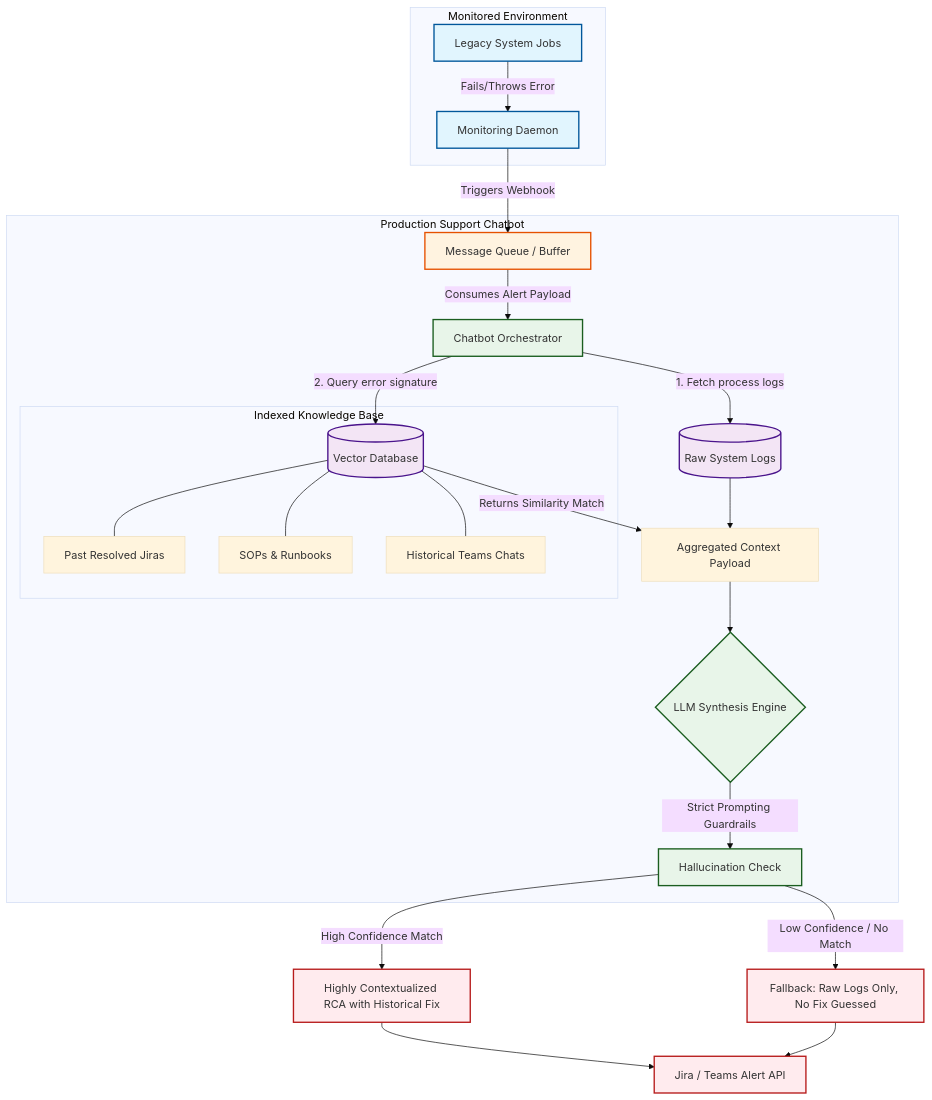
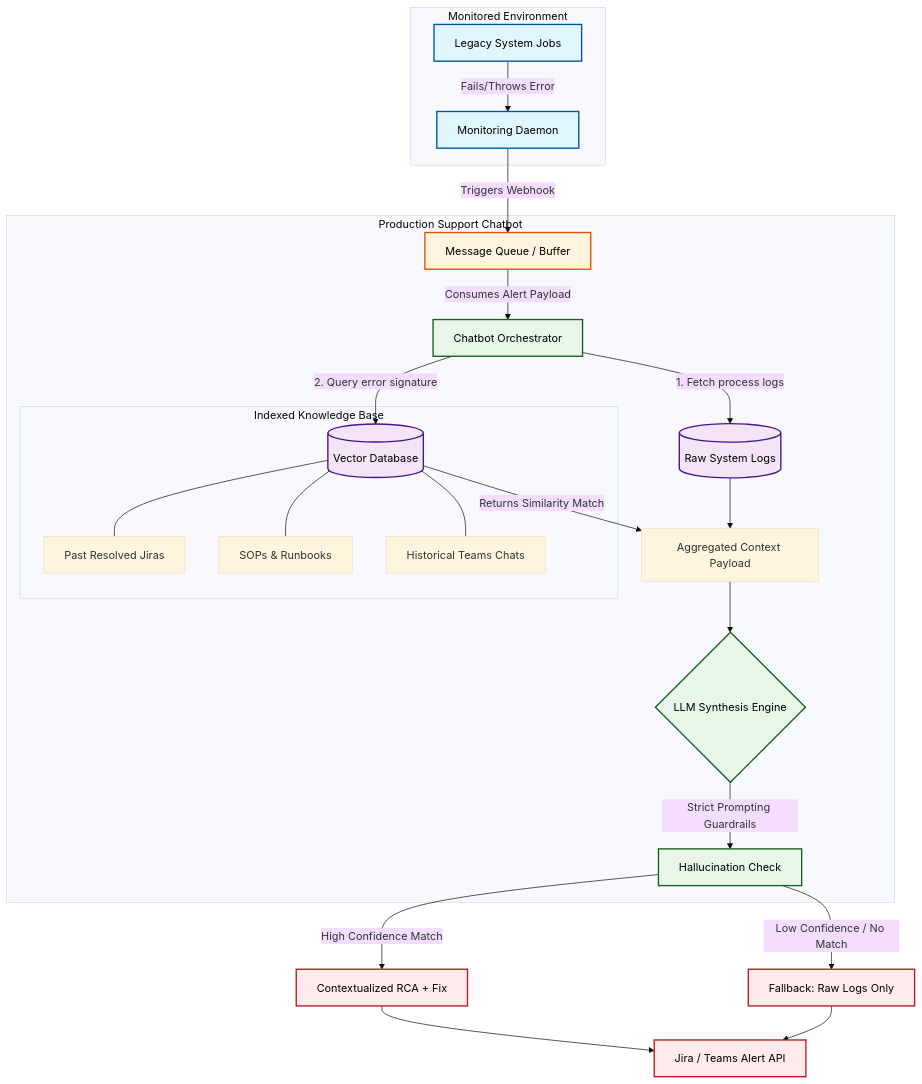
The diagram in notes/lumn.md (IshanDigra/ShadowDocs), drawn with Mermaid (base theme) before and after one commit. The commit also changed other lines of this file, not shown here.

First line of the commit message:
Enhance Production Support Agent documentation

````diff
--- a/notes/lumn.md
+++ b/notes/lumn.md
@@ -39,40 +45,40 @@
 ```mermaid
 flowchart TD
     %% Define styles
-    classDef system fill:#e1f5fe,stroke:#01579b,stroke-width:2px
-    classDef queue fill:#fff3e0,stroke:#e65100,stroke-width:2px
-    classDef agent fill:#e8f5e9,stroke:#1b5e20,stroke-width:2px
-    classDef data fill:#f3e5f5,stroke:#4a148c,stroke-width:2px
-    classDef output fill:#ffebee,stroke:#b71c1c,stroke-width:2px
+    classDef system fill:#e1f5fe,stroke:#01579b,stroke-width:2px,color:#000
+    classDef queue fill:#fff3e0,stroke:#e65100,stroke-width:2px,color:#000
+    classDef agent fill:#e8f5e9,stroke:#1b5e20,stroke-width:2px,color:#000
+    classDef data fill:#f3e5f5,stroke:#4a148c,stroke-width:2px,color:#000
+    classDef output fill:#ffebee,stroke:#b71c1c,stroke-width:2px,color:#000
 
     subgraph Monitored Environment
         App[Legacy System Jobs]:::system -->|Fails/Throws Error| Procmon[Monitoring Daemon]:::system
     end
 
     Procmon -->|Triggers Webhook| MQ[Message Queue / Buffer]:::queue
 
     subgraph Production Support Chatbot
         MQ -->|Consumes Alert Payload| Pipeline[Chatbot Orchestrator]:::agent
         
         Pipeline -->|1. Fetch process logs| Logs[(Raw System Logs)]:::data
         Pipeline -->|2. Query error signature| VDB[(Vector Database)]:::data
         
         subgraph Indexed Knowledge Base
             VDB --- Jiras[Past Resolved Jiras]
             VDB --- Runbooks[SOPs & Runbooks]
             VDB --- Chats[Historical Teams Chats]
         end
         
         Logs --> Context[Aggregated Context Payload]
         VDB -->|Returns Similarity Match| Context
         
         Context --> LLM{LLM Synthesis Engine}:::agent
         LLM -->|Strict Prompting Guardrails| Guardrails[Hallucination Check]:::agent
     end
 
-    Guardrails -->|High Confidence Match| RCA[Highly Contextualized RCA with Historical Fix]:::output
-    Guardrails -->|Low Confidence / No Match| Raw[Fallback: Raw Logs Only, No Fix Guessed]:::output
+    Guardrails -->|High Confidence Match| RCA[Contextualized RCA + Fix]:::output
+    Guardrails -->|Low Confidence / No Match| Raw[Fallback: Raw Logs Only]:::output
     
     RCA --> JiraAPI[Jira / Teams Alert API]:::output
-    Raw --> JiraAPI
+    Raw --> JiraAPI:::output
 ```
````
